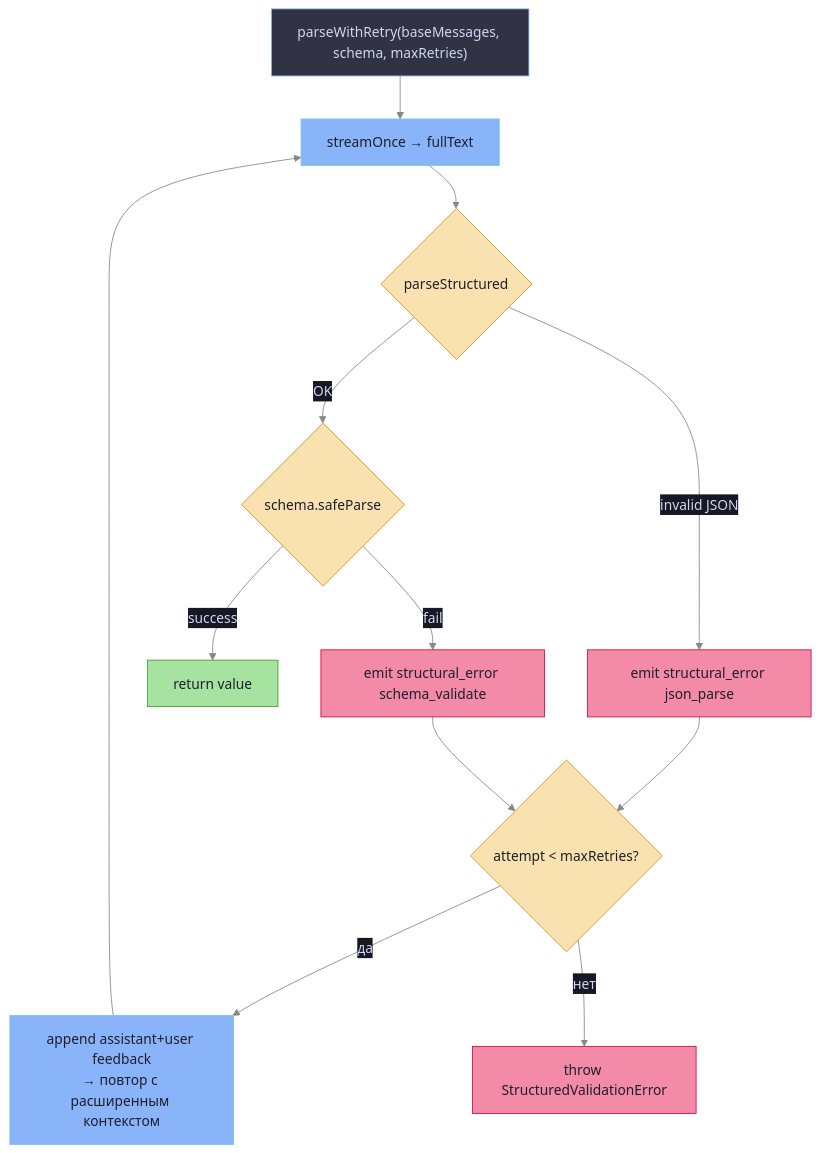
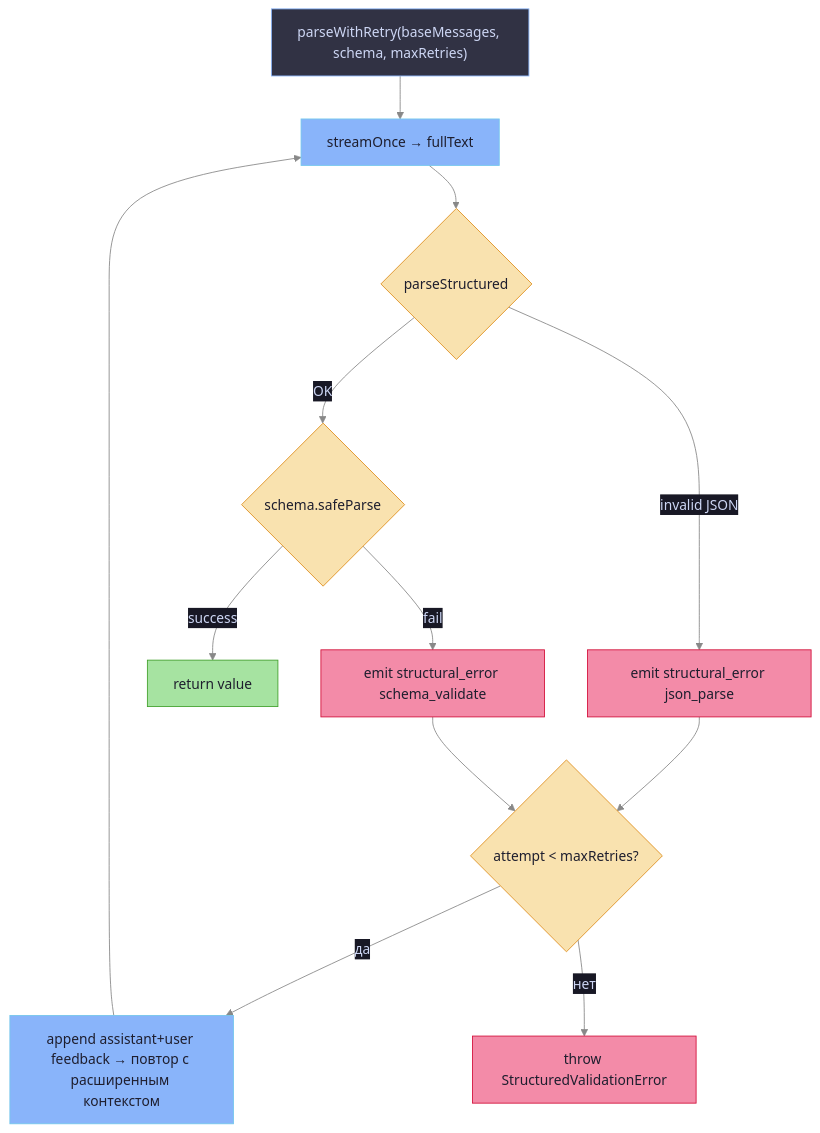
The fifth of 5 diagrams in docs/prompt-architecture.md (ikeniborn/obsidian-ai-wiki), drawn with Mermaid before and after one commit. The commit also changed other lines of this file, not shown here.

Commit message:
docs: update prompt-architecture — query naming, diagram clarifications, lint-chat

````diff
--- a/docs/prompt-architecture.md
+++ b/docs/prompt-architecture.md
@@ -210,25 +210,25 @@
 ```mermaid
 %%{init: {'theme': 'base', 'themeVariables': {'background': '#1e1e2e', 'primaryColor': '#313244', 'primaryTextColor': '#cdd6f4', 'primaryBorderColor': '#89b4fa', 'lineColor': '#888888', 'secondaryColor': '#181825', 'tertiaryColor': '#45475a'}}}%%
 flowchart TD
     START["parseWithRetry(baseMessages, schema, maxRetries)"]
     START --> CALL["streamOnce → fullText"]
     CALL --> PARSE{"parseStructured"}
     PARSE -->|"invalid JSON"| ERR_JSON["emit structural_error json_parse"]
     PARSE -->|OK| ZOD{"schema.safeParse"}
     ZOD -->|success| RETURN["return value"]
     ZOD -->|fail| ERR_ZOD["emit structural_error schema_validate"]
     ERR_JSON --> RETRY{"attempt < maxRetries?"}
     ERR_ZOD --> RETRY
-    RETRY -->|да| APPEND["append assistant+user feedback\n→ повтор с расширенным контекстом"]
+    RETRY -->|да| APPEND["append assistant+user feedback → повтор с расширенным контекстом"]
     RETRY -->|нет| THROW["throw StructuredValidationError"]
     APPEND --> CALL
 
     classDef step fill:#89b4fa,color:#1e1e2e,stroke:#74c7ec
     classDef dec  fill:#f9e2af,color:#1e1e2e,stroke:#df8e1d
     classDef ok   fill:#a6e3a1,color:#1e1e2e,stroke:#40a02b
     classDef err  fill:#f38ba8,color:#1e1e2e,stroke:#d20f39
     class CALL,APPEND step
     class PARSE,ZOD,RETRY dec
     class RETURN ok
     class ERR_JSON,ERR_ZOD,THROW err
 ```
````
